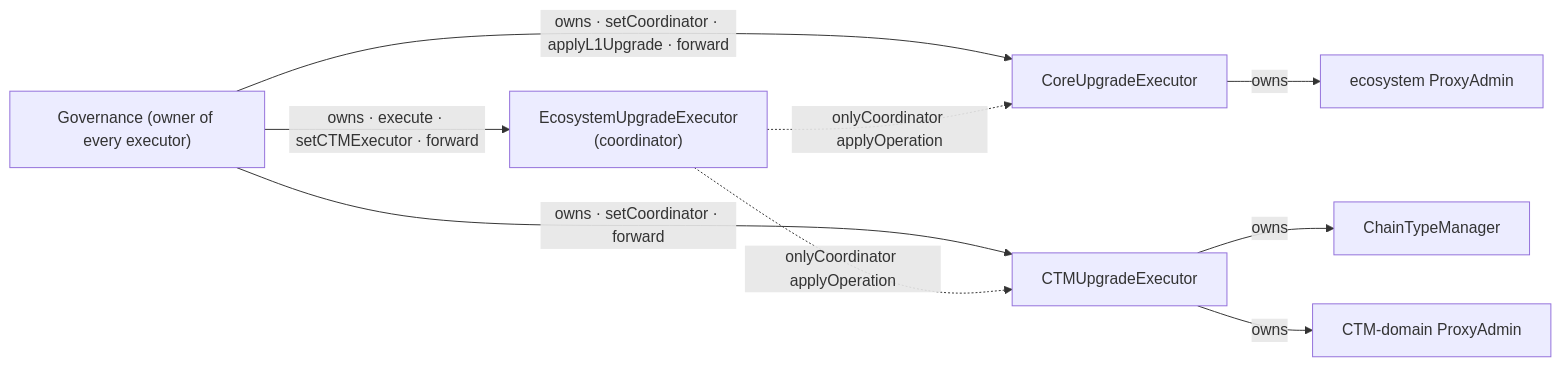
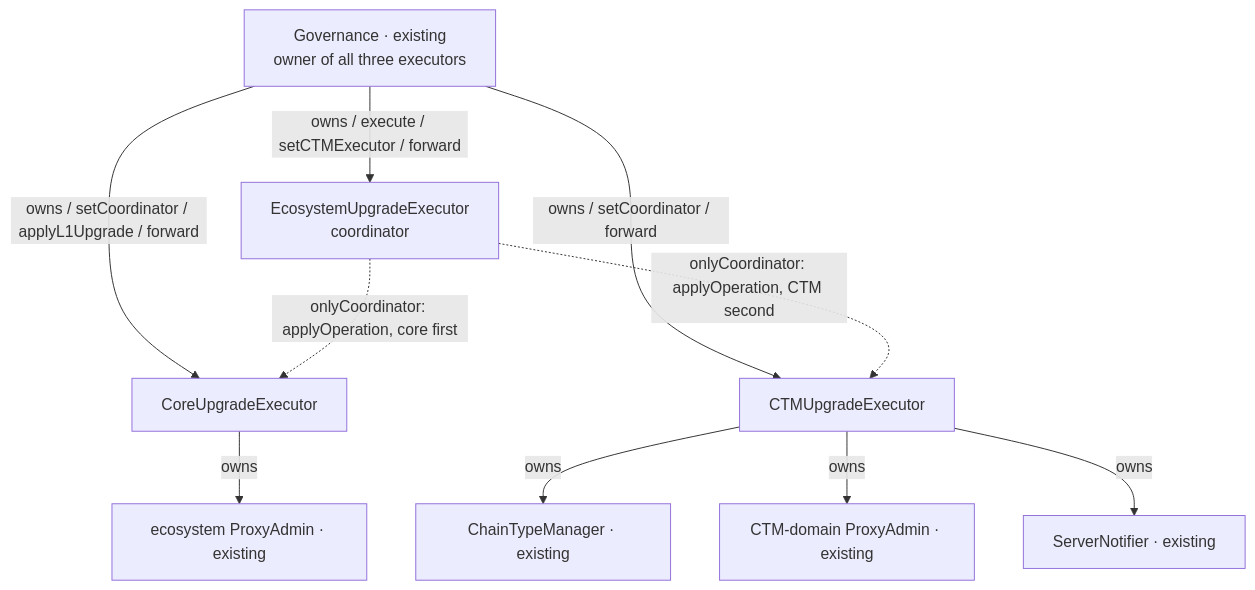
One commit to matter-labs/era-contracts changed the eighth of 10 diagrams in docs/registry-driven-upgrades.md. Above: the diagram before and after it, drawn with Mermaid. The commit also changed other lines of this file and 1 other file, not shown here.

Commit message:
docs: expand registry upgrade component diagrams

````diff
--- a/docs/registry-driven-upgrades.md
+++ b/docs/registry-driven-upgrades.md
@@ -195,19 +341,21 @@
 ```mermaid
-flowchart LR
-    PUH["Governance (owner of every executor)"]
-    EE["EcosystemUpgradeExecutor<br/>(coordinator)"]
+flowchart TB
+    GOV["Governance · existing<br/>owner of all three executors"]
+    EE["EcosystemUpgradeExecutor<br/>coordinator"]
     CO["CoreUpgradeExecutor"]
     CE["CTMUpgradeExecutor"]
-    PA["ecosystem ProxyAdmin"]
-    CPA["CTM-domain ProxyAdmin"]
-    CTM["ChainTypeManager"]
+    PA["ecosystem ProxyAdmin · existing"]
+    CPA["CTM-domain ProxyAdmin · existing"]
+    CTM["ChainTypeManager · existing"]
+    NOTIFIER["ServerNotifier · existing"]
 
-    PUH -->|"owns · execute · setCTMExecutor · forward"| EE
-    PUH -->|"owns · setCoordinator · applyL1Upgrade · forward"| CO
-    PUH -->|"owns · setCoordinator · forward"| CE
-    EE -.->|"onlyCoordinator applyOperation"| CO
-    EE -.->|"onlyCoordinator applyOperation"| CE
-    CO -->|owns| PA
-    CE -->|owns| CTM
-    CE -->|owns| CPA
+    GOV -->|"owns / execute / setCTMExecutor / forward"| EE
+    GOV -->|"owns / setCoordinator / applyL1Upgrade / forward"| CO
+    GOV -->|"owns / setCoordinator / forward"| CE
+    EE -.->|"onlyCoordinator: applyOperation, core first"| CO
+    EE -.->|"onlyCoordinator: applyOperation, CTM second"| CE
+    CO -->|"owns"| PA
+    CE -->|"owns"| CTM
+    CE -->|"owns"| CPA
+    CE -->|"owns"| NOTIFIER
 ```
````
